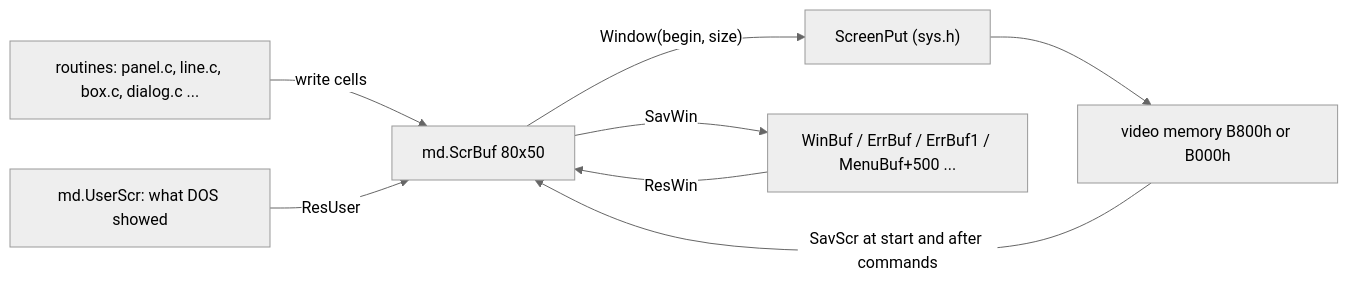
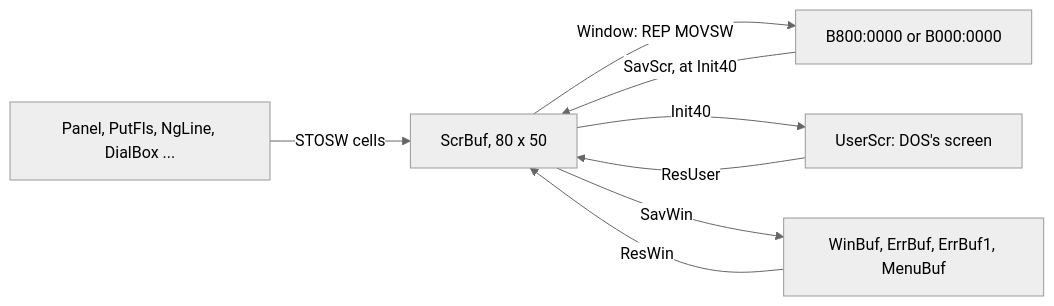
The fifth of 5 diagrams in docs/design/01-the-program.md (mmotorny/vibe_commander), drawn with Mermaid (neutral theme) before and after one commit. The commit also changed other lines of this file and 1 other file, not shown here.

````diff
--- a/docs/design/01-the-program.md
+++ b/docs/design/01-the-program.md
@@ -920,10 +1272,10 @@
 ```mermaid
 graph LR
-    R["routines: panel.c, line.c, box.c, dialog.c ..."] -- "write cells" --> SB["md.ScrBuf 80x50"]
-    SB -- "Window(begin, size)" --> SP["ScreenPut (sys.h)"]
-    SP --> DOS["video memory B800h or B000h"]
-    SB -- "SavWin" --> SAVE["WinBuf / ErrBuf / ErrBuf1 / MenuBuf+500 ..."]
-    SAVE -- "ResWin" --> SB
-    US["md.UserScr: what DOS showed"] -- "ResUser" --> SB
-    DOS -- "SavScr at start and after commands" --> SB
+    R["Panel, PutFls, NgLine, DialBox ..."] -- "STOSW cells" --> SB["ScrBuf, 80 x 50"]
+    SB -- "Window: REP MOVSW" --> V["B800:0000 or B000:0000"]
+    V -- "SavScr, at Init40" --> SB
+    SB -- "Init40" --> US["UserScr: DOS's screen"]
+    US -- "ResUser" --> SB
+    SB -- "SavWin" --> WB["WinBuf, ErrBuf, ErrBuf1, MenuBuf"]
+    WB -- "ResWin" --> SB
 ```
````
